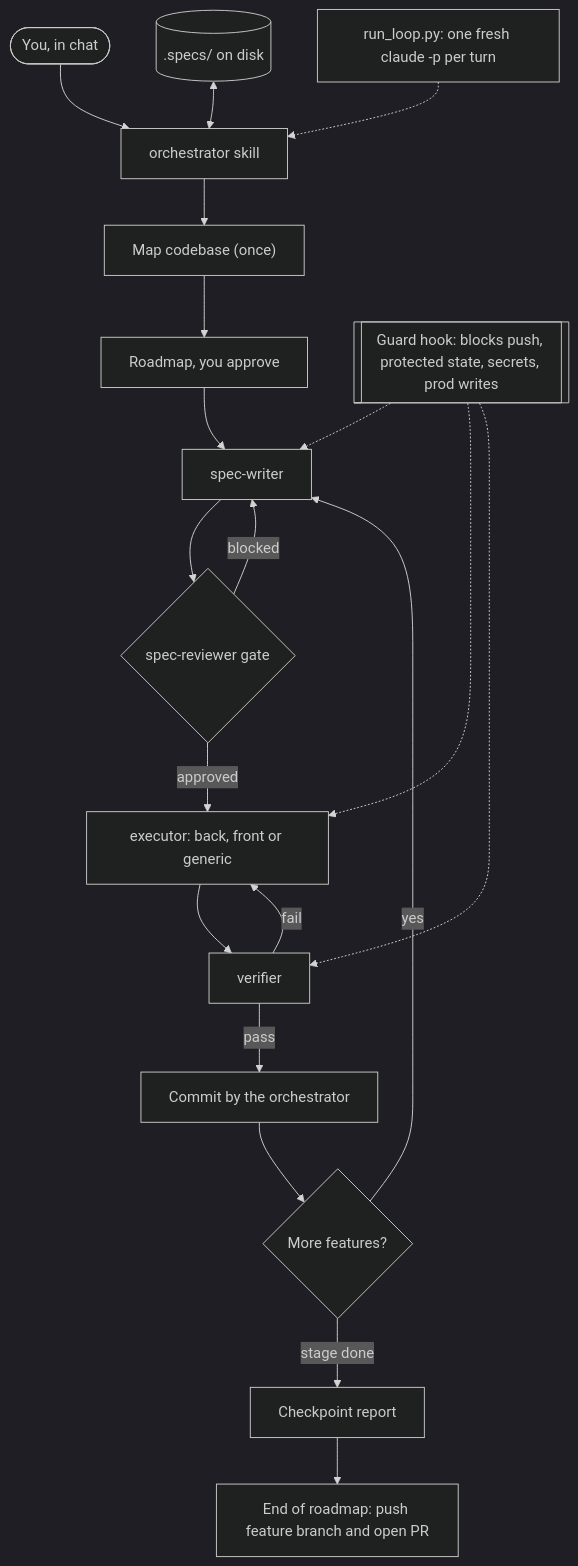
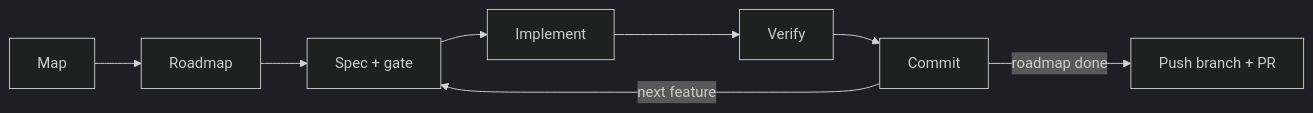
Before and after one commit to iagopadilha/claude-maestro: the diagram in README.md, drawn with Mermaid (dark theme). The commit also changed other lines of this file and 15 other files, not shown here.

Commit message:
feat: add playwright-cli skill, complete example flow, customize and notification docs

````diff
--- a/README.md
+++ b/README.md
@@ -5,23 +5,6 @@
 ```mermaid
-flowchart TD
-    You([You, in chat]) --> O[orchestrator skill]
-    O --> M["Map codebase (once)"]
-    M --> R[Roadmap, you approve]
-    R --> S[spec-writer]
-    S --> G{spec-reviewer gate}
-    G -- blocked --> S
-    G -- approved --> E["executor: back, front or generic"]
-    E --> V[verifier]
-    V -- fail --> E
-    V -- pass --> C[Commit by the orchestrator]
-    C --> K{More features?}
-    K -- yes --> S
-    K -- stage done --> CP[Checkpoint report]
-    CP --> D["End of roadmap: push feature branch and open PR"]
-
-    Guard[["Guard hook: blocks push, protected state, secrets, prod writes"]] -.-> S
-    Guard -.-> E
-    Guard -.-> V
-    State[(".specs/ on disk")] <--> O
-    Loop["run_loop.py: one fresh claude -p per turn"] -.-> O
+flowchart LR
+    A[Map] --> B[Roadmap] --> C[Spec + gate] --> D[Implement] --> E[Verify] --> F[Commit]
+    F -- next feature --> C
+    F -- roadmap done --> G[Push branch + PR]
 ```
````
